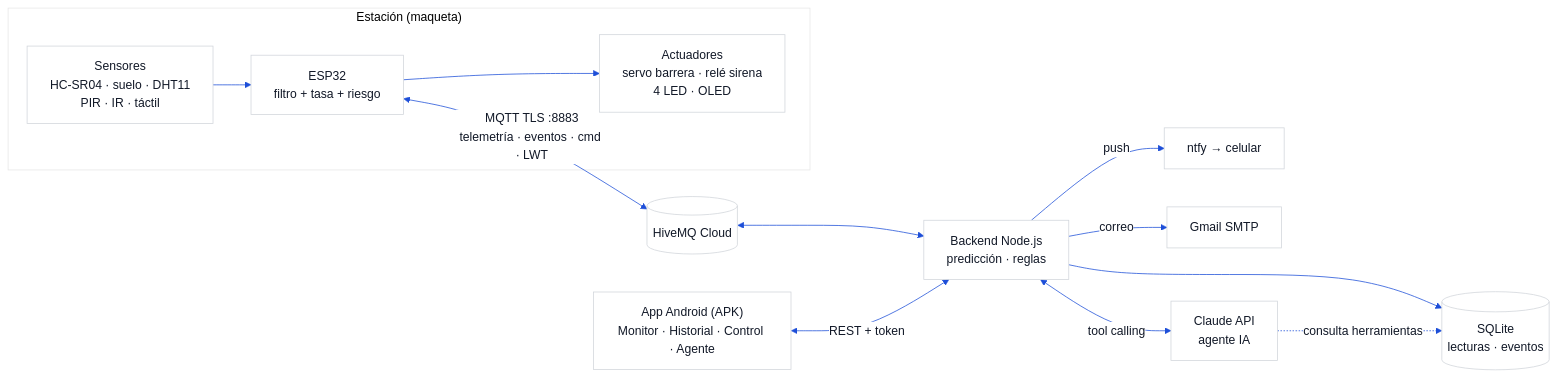
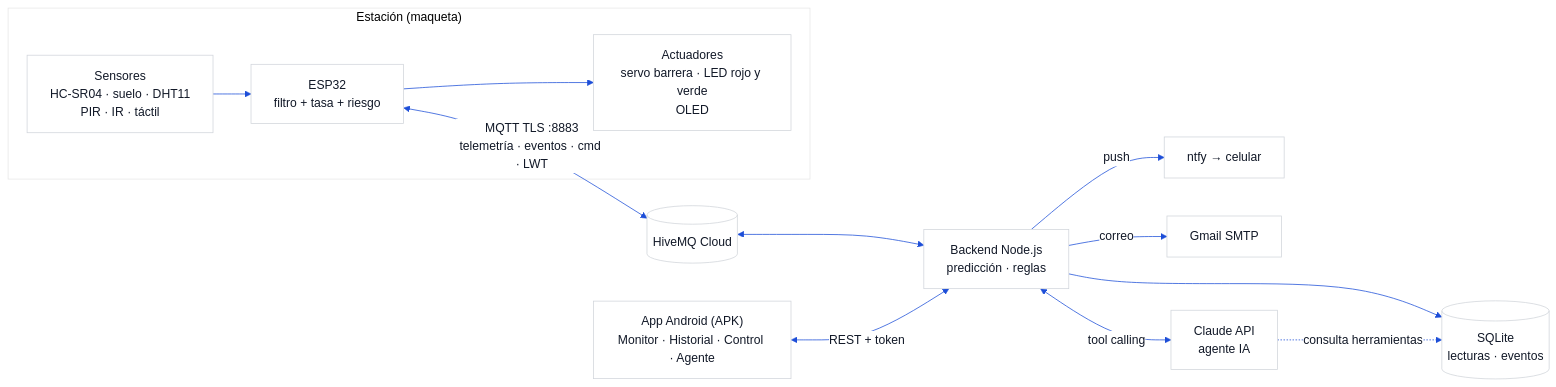
Before and after one commit to SantiagoRicaurte06/Proyecto-ESP32-IoT: the first of 2 diagrams in docs/02-fase2.md, drawn with Mermaid. The commit also changed other lines of this file and 12 other files, not shown here.

````diff
--- a/docs/02-fase2.md
+++ b/docs/02-fase2.md
@@ -50,16 +50,16 @@
 ```mermaid
 %%{init: {'theme':'base','themeVariables':{'primaryColor':'#FFFFFF','primaryBorderColor':'#D1D5DB','primaryTextColor':'#111827','lineColor':'#1D4ED8','fontFamily':'Inter, Arial','background':'#F3F4F6'}}}%%
 flowchart LR
   subgraph Estacion["Estación (maqueta)"]
     S["Sensores<br/>HC-SR04 · suelo · DHT11<br/>PIR · IR · táctil"] --> E["ESP32<br/>filtro + tasa + riesgo"]
-    E --> A["Actuadores<br/>servo barrera · relé sirena<br/>4 LED · OLED"]
+    E --> A["Actuadores<br/>servo barrera · LED rojo y verde<br/>OLED"]
   end
   E <-->|"MQTT TLS :8883<br/>telemetría · eventos · cmd · LWT"| B[("HiveMQ Cloud")]
   B <--> K["Backend Node.js<br/>predicción · reglas"]
   K --> D[("SQLite<br/>lecturas · eventos")]
   K -->|"push"| N1["ntfy → celular"]
   K -->|"correo"| N2["Gmail SMTP"]
   APP["App Android (APK)<br/>Monitor · Historial · Control · Agente"] <-->|"REST + token"| K
   K <-->|"tool calling"| IA["Claude API<br/>agente IA"]
   IA -.->|"consulta herramientas"| D
 ```
````
